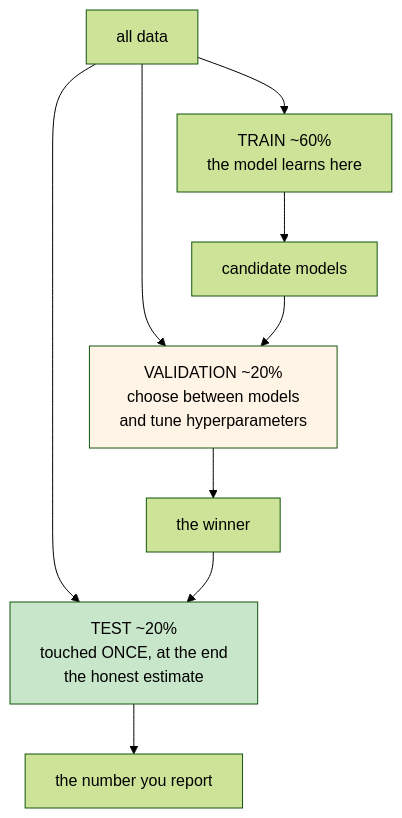
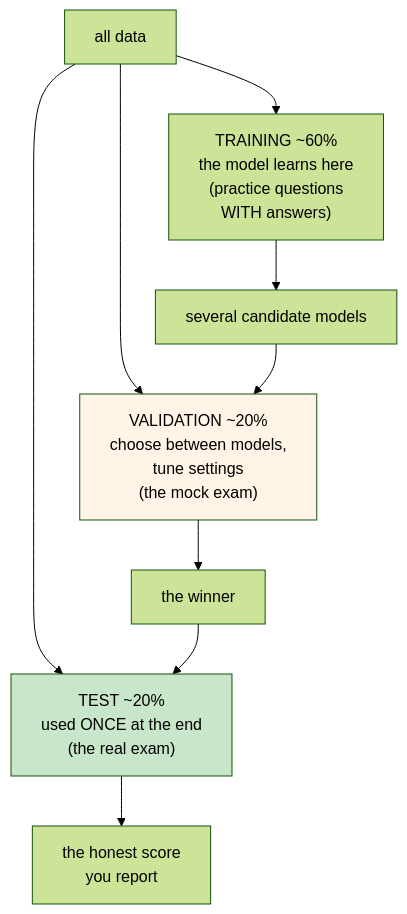
One commit to schoolofdevops/402-mlops-site changed the fifth of 9 diagrams in site/docs/m3-data-to-model/lesson.mdx. Above: the diagram before and after it, drawn with Mermaid (forest theme). The commit also changed other lines of this file, not shown here.

````diff
--- a/site/docs/m3-data-to-model/lesson.mdx
+++ b/site/docs/m3-data-to-model/lesson.mdx
@@ -186,15 +295,15 @@
 ```mermaid
 flowchart TB
-    D["all data"] --> TR["TRAIN ~60%<br/>the model learns here"]
-    D --> VA["VALIDATION ~20%<br/>choose between models<br/>and tune hyperparameters"]
-    D --> TE["TEST ~20%<br/>touched ONCE, at the end<br/>the honest estimate"]
+    D["all data"] --> TR["TRAINING ~60%<br/>the model learns here<br/>(practice questions<br/>WITH answers)"]
+    D --> VA["VALIDATION ~20%<br/>choose between models,<br/>tune settings<br/>(the mock exam)"]
+    D --> TE["TEST ~20%<br/>used ONCE at the end<br/>(the real exam)"]
 
-    TR --> M["candidate models"]
+    TR --> M["several candidate models"]
     M --> VA
     VA --> B["the winner"]
     B --> TE
-    TE --> S["the number you report"]
+    TE --> S["the honest score<br/>you report"]
 
     style VA fill:#fff4e5
     style TE fill:#c8e6c9
 ```
````
